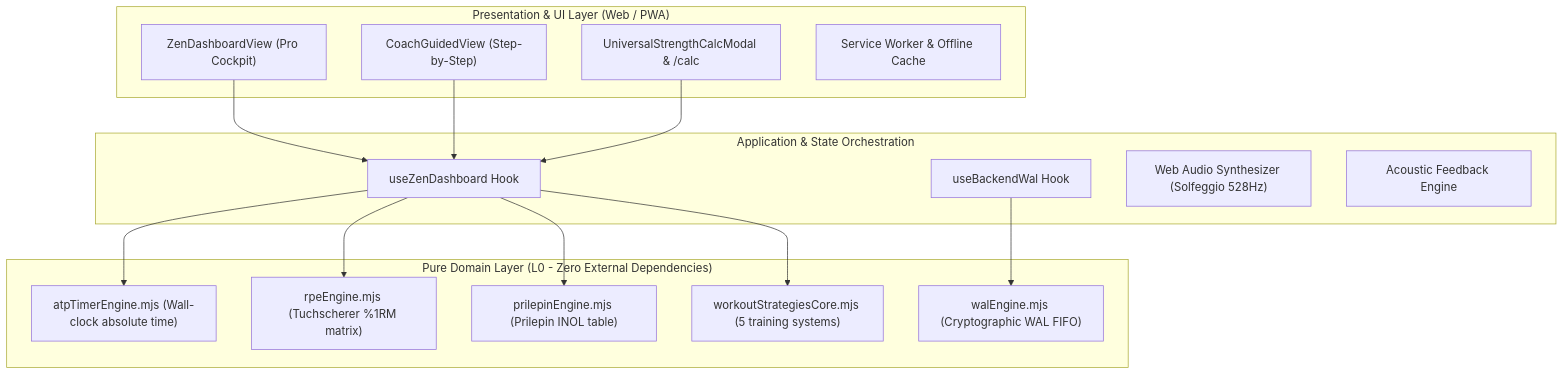
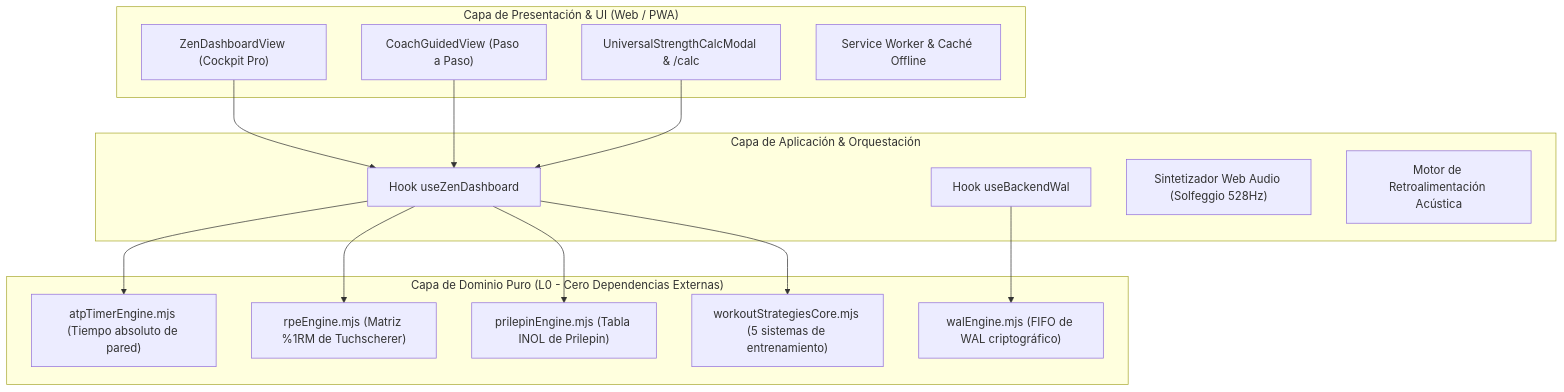
Before and after one commit to valentinflorezarbelaez-ai/ATP-STRENGTH: the diagram in README.md, drawn with Mermaid. The commit also changed other lines of this file and 2 other files, not shown here.

````diff
--- a/README.md
+++ b/README.md
@@ -41,33 +41,33 @@
 ```mermaid
 graph TD
-    subgraph UI_Presentation["Presentation & UI Layer (Web / PWA)"]
-        UI_Zen["ZenDashboardView (Pro Cockpit)"]
-        UI_Coach["CoachGuidedView (Step-by-Step)"]
+    subgraph Capa_Presentacion["Capa de Presentación & UI (Web / PWA)"]
+        UI_Zen["ZenDashboardView (Cockpit Pro)"]
+        UI_Coach["CoachGuidedView (Paso a Paso)"]
         UI_Calc["UniversalStrengthCalcModal & /calc"]
-        UI_PWA["Service Worker & Offline Cache"]
+        UI_PWA["Service Worker & Caché Offline"]
     end
 
-    subgraph App_Orchestration["Application & State Orchestration"]
-        H_Dash["useZenDashboard Hook"]
-        H_WAL["useBackendWal Hook"]
-        A_Audio["Web Audio Synthesizer (Solfeggio 528Hz)"]
-        A_Voice["Acoustic Feedback Engine"]
+    subgraph Capa_Orquestacion["Capa de Aplicación & Orquestación"]
+        H_Dash["Hook useZenDashboard"]
+        H_WAL["Hook useBackendWal"]
+        A_Audio["Sintetizador Web Audio (Solfeggio 528Hz)"]
+        A_Voice["Motor de Retroalimentación Acústica"]
     end
 
-    subgraph Pure_Domain_L0["Pure Domain Layer (L0 - Zero External Dependencies)"]
-        D_Timer["atpTimerEngine.mjs (Wall-clock absolute time)"]
-        D_WAL["walEngine.mjs (Cryptographic WAL FIFO)"]
-        D_RPE["rpeEngine.mjs (Tuchscherer %1RM matrix)"]
-        D_Prilepin["prilepinEngine.mjs (Prilepin INOL table)"]
-        D_Strat["workoutStrategiesCore.mjs (5 training systems)"]
+    subgraph Dominio_Puro_L0["Capa de Dominio Puro (L0 - Cero Dependencias Externas)"]
+        D_Timer["atpTimerEngine.mjs (Tiempo absoluto de pared)"]
+        D_WAL["walEngine.mjs (FIFO de WAL criptográfico)"]
+        D_RPE["rpeEngine.mjs (Matriz %1RM de Tuchscherer)"]
+        D_Prilepin["prilepinEngine.mjs (Tabla INOL de Prilepin)"]
+        D_Strat["workoutStrategiesCore.mjs (5 sistemas de entrenamiento)"]
     end
 
     UI_Zen --> H_Dash
     UI_Coach --> H_Dash
     UI_Calc --> H_Dash
     H_Dash --> D_Timer
     H_Dash --> D_RPE
     H_Dash --> D_Prilepin
     H_Dash --> D_Strat
     H_WAL --> D_WAL
 ```
````
